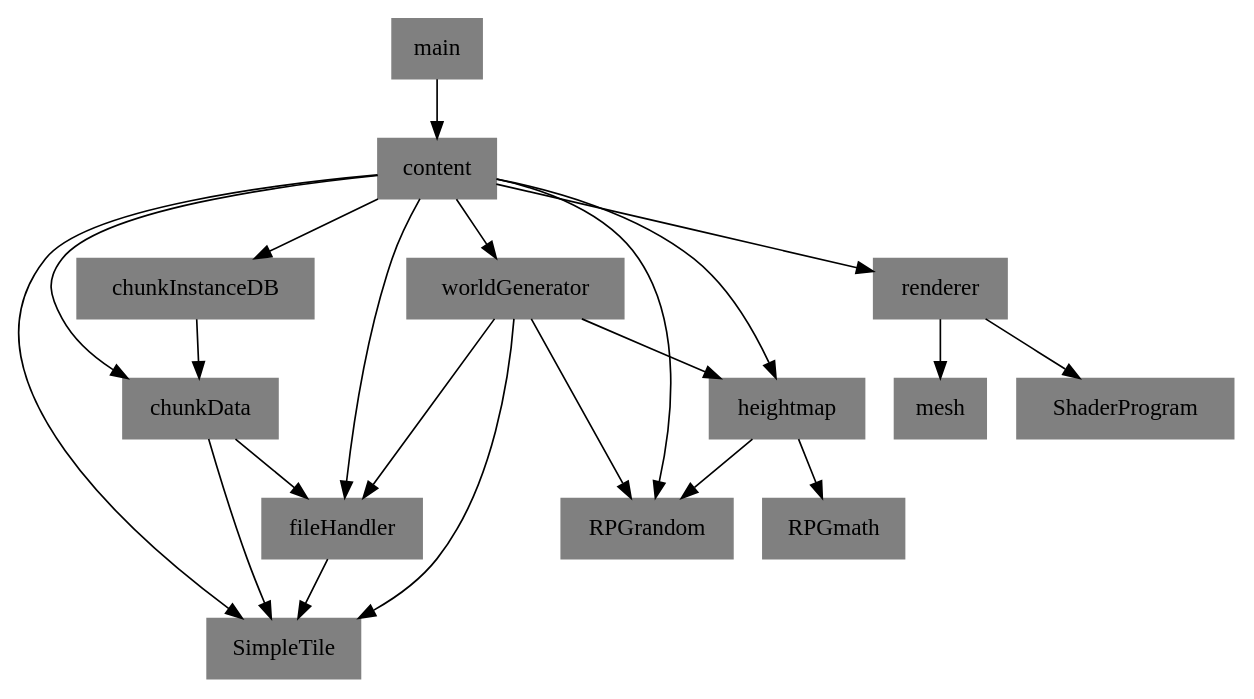
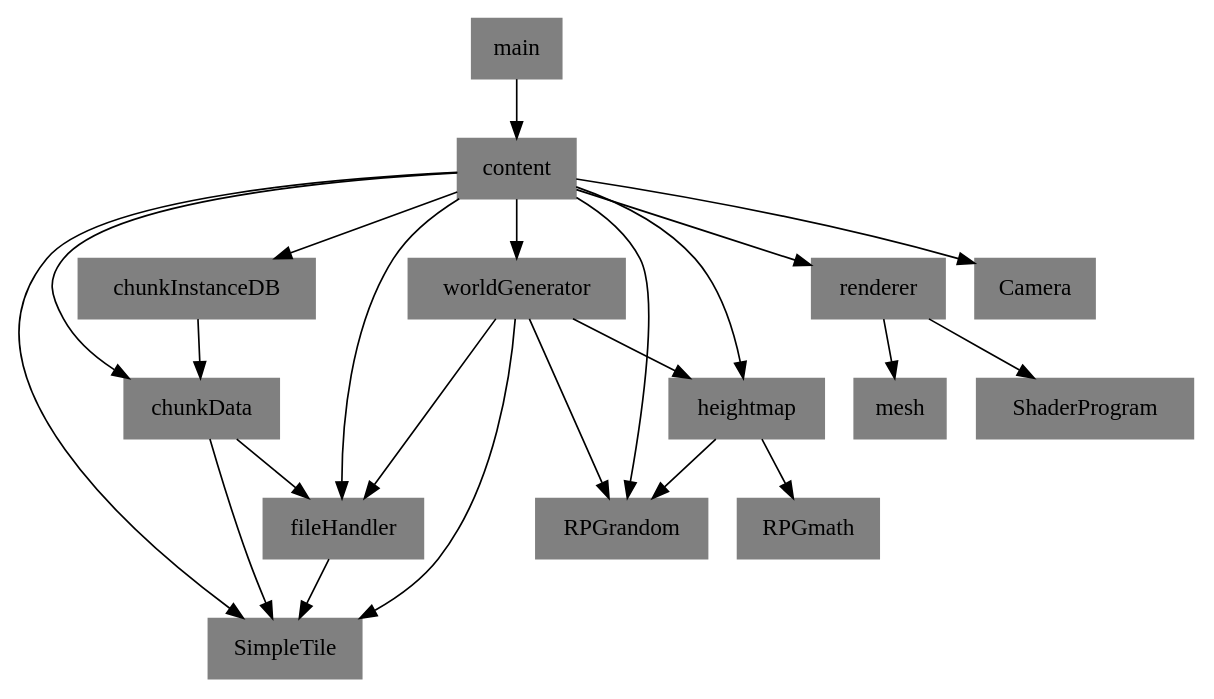
One commit to pebble225/RPG-Game changed the diagram in g.gv. Above: the diagram before and after it, drawn with Graphviz. The commit also changed 7 other files, not shown here.

```diff
--- a/g.gv
+++ b/g.gv
@@ -1,21 +1,21 @@
 digraph g {
 	node [shape=box, style=filled, color=gray]
 
 	overlap=false;
 
 	main -> content
 
-	content -> {SimpleTile, chunkData, fileHandler, renderer, RPGrandom, heightmap, worldGenerator, chunkInstanceDB}
+	content -> {SimpleTile, chunkData, fileHandler, renderer, RPGrandom, heightmap, worldGenerator, chunkInstanceDB, Camera}
 
 	chunkData -> {SimpleTile, fileHandler}
 
 	fileHandler -> SimpleTile
 
 	renderer -> {mesh, ShaderProgram}
 
 	heightmap -> {RPGmath, RPGrandom}
 
 	worldGenerator -> {heightmap, SimpleTile, RPGrandom, fileHandler}
 
 	chunkInstanceDB -> chunkData
 }
```
